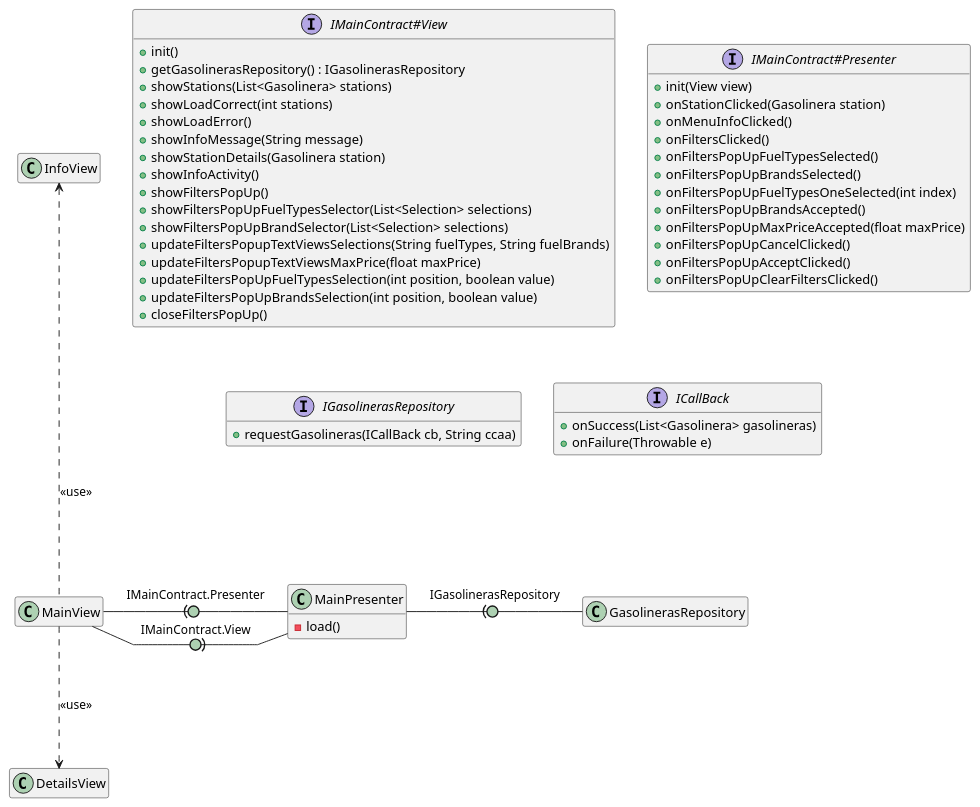
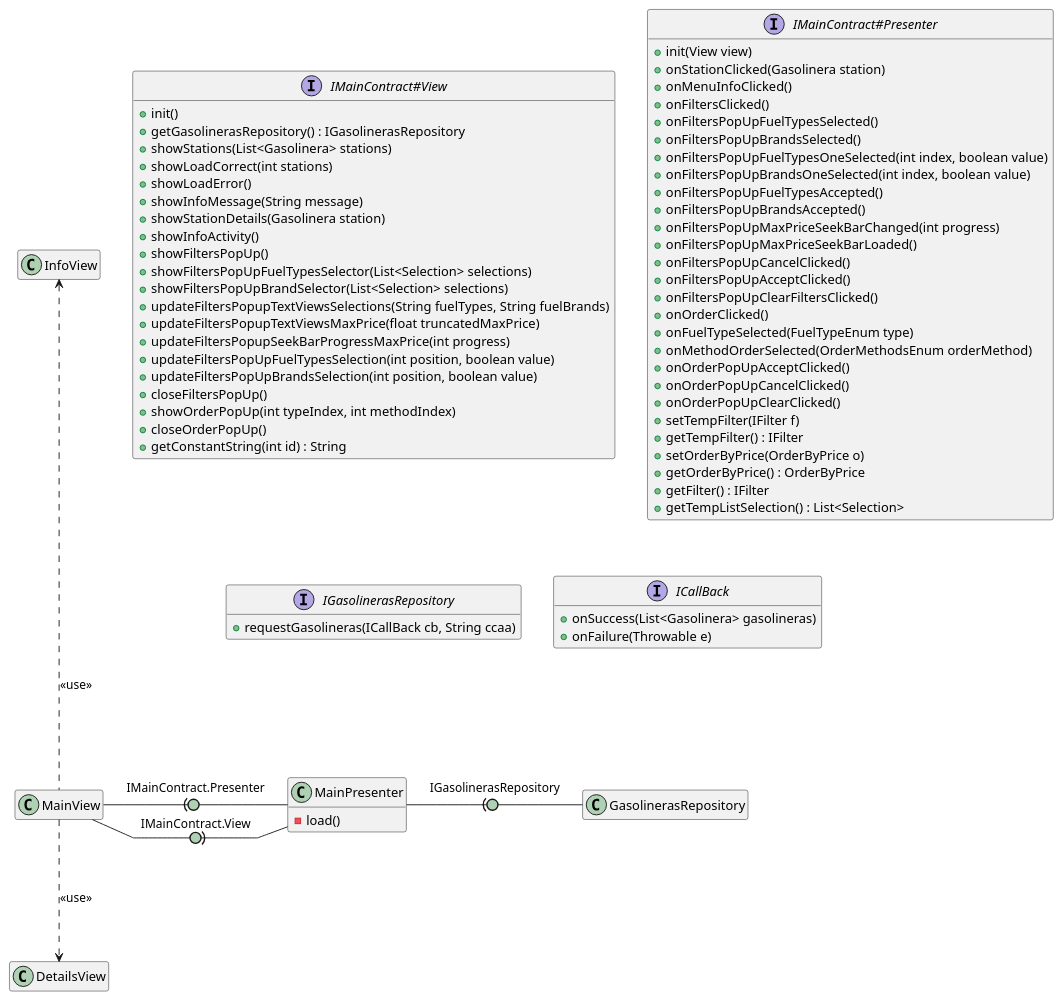
Before and after one commit to isunican/App-Gasolineras-Grupo1: the diagram in Docs/Models/architecture.puml, drawn with PlantUML. The commit also changed 4 other files, not shown here.

```diff
--- a/Docs/Models/architecture.puml
+++ b/Docs/Models/architecture.puml
@@ -1,62 +1,81 @@
 @startuml clases
 
 hide empty members
 skinparam linetype polyline
 skinparam arrowLollipopColor #ADD1B2
 
 MainView -right(0- MainPresenter : IMainContract.Presenter
 MainView -right0)- MainPresenter : IMainContract.View
 MainView -up..-> InfoView : <<use>>
 MainView -down..> DetailsView : <<use>>
 MainPresenter -right(0- GasolinerasRepository : IGasolinerasRepository
 
 
 class MainPresenter {
     -load()
 }
 
 interface IMainContract#View {
     + init()
     + getGasolinerasRepository() : IGasolinerasRepository
     + showStations(List<Gasolinera> stations)
     + showLoadCorrect(int stations)
     + showLoadError()
     + showInfoMessage(String message)
     + showStationDetails(Gasolinera station)
     + showInfoActivity()
     + showFiltersPopUp()
     + showFiltersPopUpFuelTypesSelector(List<Selection> selections)
     + showFiltersPopUpBrandSelector(List<Selection> selections)
     + updateFiltersPopupTextViewsSelections(String fuelTypes, String fuelBrands)
-    + updateFiltersPopupTextViewsMaxPrice(float maxPrice)
+    + updateFiltersPopupTextViewsMaxPrice(float truncatedMaxPrice)
+    + updateFiltersPopupSeekBarProgressMaxPrice(int progress)
     + updateFiltersPopUpFuelTypesSelection(int position, boolean value)
     + updateFiltersPopUpBrandsSelection(int position, boolean value)
     + closeFiltersPopUp()
+    + showOrderPopUp(int typeIndex, int methodIndex)
+    + closeOrderPopUp()
+    + getConstantString(int id) : String
 }
 
 interface IMainContract#Presenter {
     + init(View view)
     + onStationClicked(Gasolinera station)
     + onMenuInfoClicked()
     + onFiltersClicked()
     + onFiltersPopUpFuelTypesSelected()
     + onFiltersPopUpBrandsSelected()
-    + onFiltersPopUpFuelTypesOneSelected(int index)
+    + onFiltersPopUpFuelTypesOneSelected(int index, boolean value)
+    + onFiltersPopUpBrandsOneSelected(int index, boolean value)   
+    + onFiltersPopUpFuelTypesAccepted()
     + onFiltersPopUpBrandsAccepted()
-    + onFiltersPopUpMaxPriceAccepted(float maxPrice)
+    + onFiltersPopUpMaxPriceSeekBarChanged(int progress)
+    + onFiltersPopUpMaxPriceSeekBarLoaded()
     + onFiltersPopUpCancelClicked()
-    + onFiltersPopUpAcceptClicked()
+    + onFiltersPopUpAcceptClicked()      
     + onFiltersPopUpClearFiltersClicked()
+    + onOrderClicked()
+    + onFuelTypeSelected(FuelTypeEnum type)
+    + onMethodOrderSelected(OrderMethodsEnum orderMethod)
+    + onOrderPopUpAcceptClicked()
+    + onOrderPopUpCancelClicked()
+    + onOrderPopUpClearClicked() 
+    + setTempFilter(IFilter f)   
+    + getTempFilter() : IFilter      
+    + setOrderByPrice(OrderByPrice o)
+    + getOrderByPrice() : OrderByPrice
+    + getFilter() : IFilter
+    + getTempListSelection() : List<Selection>
 }
 
 interface IGasolinerasRepository {
     + requestGasolineras(ICallBack cb, String ccaa)
 }
 
 interface ICallBack {
     + onSuccess(List<Gasolinera> gasolineras)
     + onFailure(Throwable e)
 }
 
 
 @enduml
```
